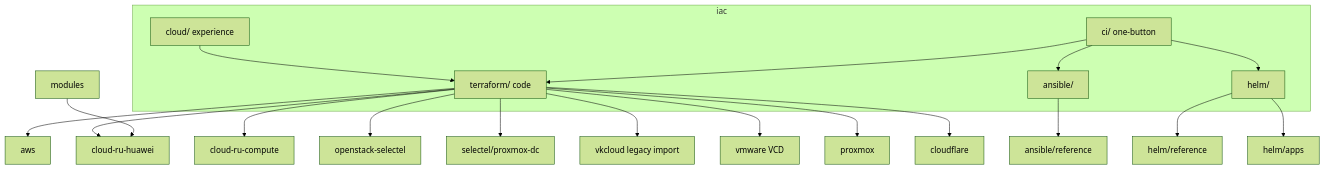
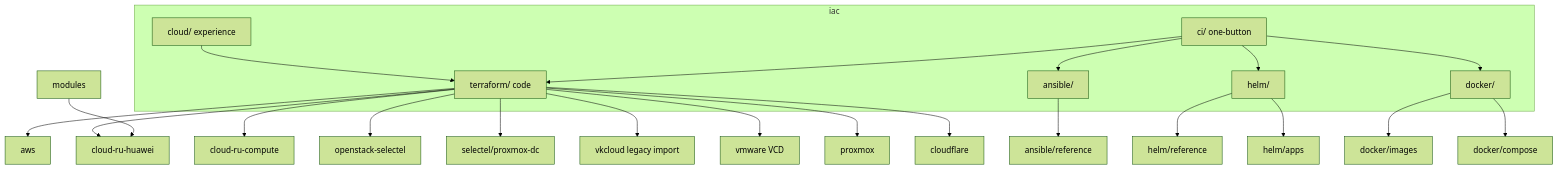
Before and after one commit to NarberallGamma/narberall-platform-engineer-lab: the second of 4 diagrams in README.md, drawn with Mermaid (forest theme). The commit also changed other lines of this file and 418 other files, not shown here.

First line of the commit message:
Publish Docker image kits and Compose stacks next to Helm and Ansible.

````diff
--- a/README.md
+++ b/README.md
@@ -300,27 +304,31 @@
 ```mermaid
 flowchart TB
   subgraph iac [iac]
     Cloud[cloud/ experience]
     TF[terraform/ code]
     ANS[ansible/]
     Helm[helm/]
+    Dock[docker/]
     CI[ci/ one-button]
   end
   Cloud --> TF
   ANS --> RefA[ansible/reference]
   Helm --> RefH[helm/reference]
   Helm --> AppsH[helm/apps]
+  Dock --> ImgD[docker/images]
+  Dock --> CompD[docker/compose]
   CI --> TF
   CI --> ANS
   CI --> Helm
+  CI --> Dock
   TF --> AWS[aws]
   TF --> CR[cloud-ru-huawei]
   TF --> CRC[cloud-ru-compute]
   TF --> OS[openstack-selectel]
   TF --> SEL[selectel/proxmox-dc]
   TF --> VK[vkcloud legacy import]
   TF --> VMw[vmware VCD]
   TF --> PX[proxmox]
   TF --> CF[cloudflare]
   Mods[modules] --> CR
 ```
````
